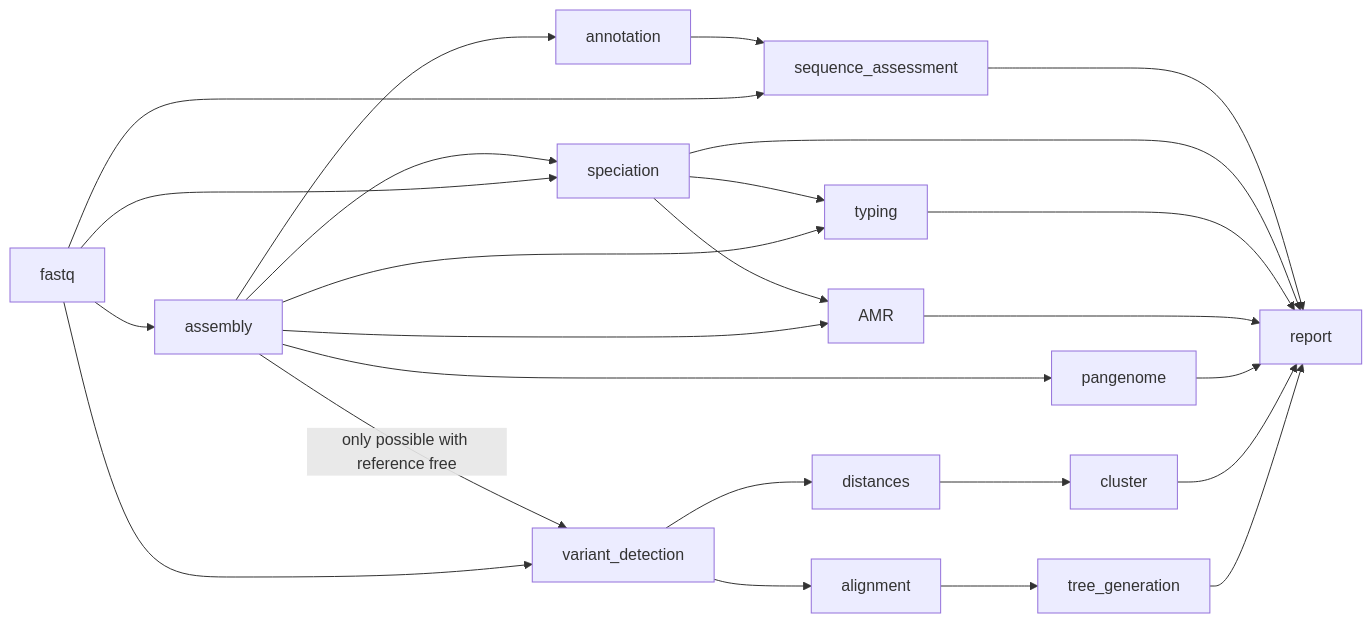
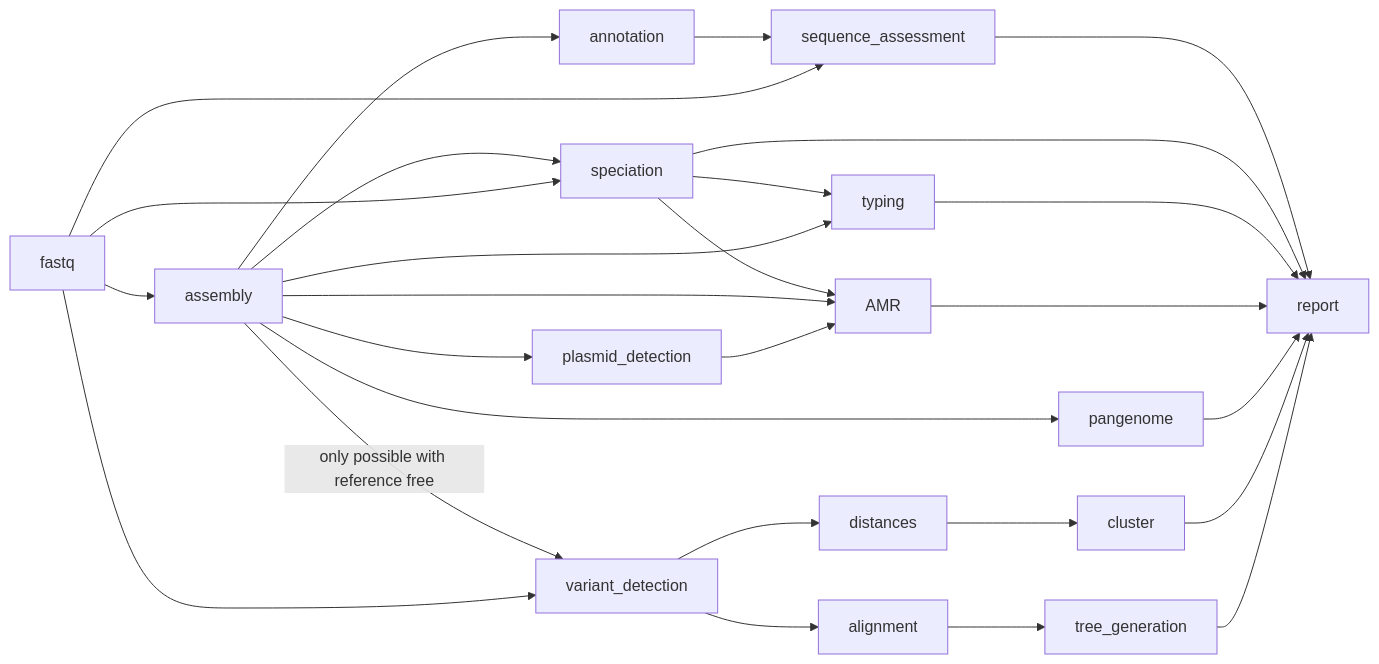
The diagram in docs/pipelines/full.md (MDU-PHL/bohra), drawn with Mermaid before and after one commit. The commit also changed other lines of this file and 6 other files, not shown here.

````diff
--- a/docs/pipelines/full.md
+++ b/docs/pipelines/full.md
@@ -5,15 +5,16 @@
 ```mermaid
 flowchart LR
 fastq --> assembly --> annotation --> sequence_assessment
 assembly --> speciation
 fastq --> sequence_assessment --> report
 fastq --> speciation --> report
 speciation --> typing --> report
 assembly --> typing
 speciation --> AMR --> report
 assembly --> AMR
+assembly --> plasmid_detection --> AMR
 assembly --> pangenome --> report
 assembly -- "only possible with reference free" --> variant_detection
 fastq --> variant_detection --> distances --> cluster --> report
 variant_detection --> alignment --> tree_generation --> report
 ```
````
